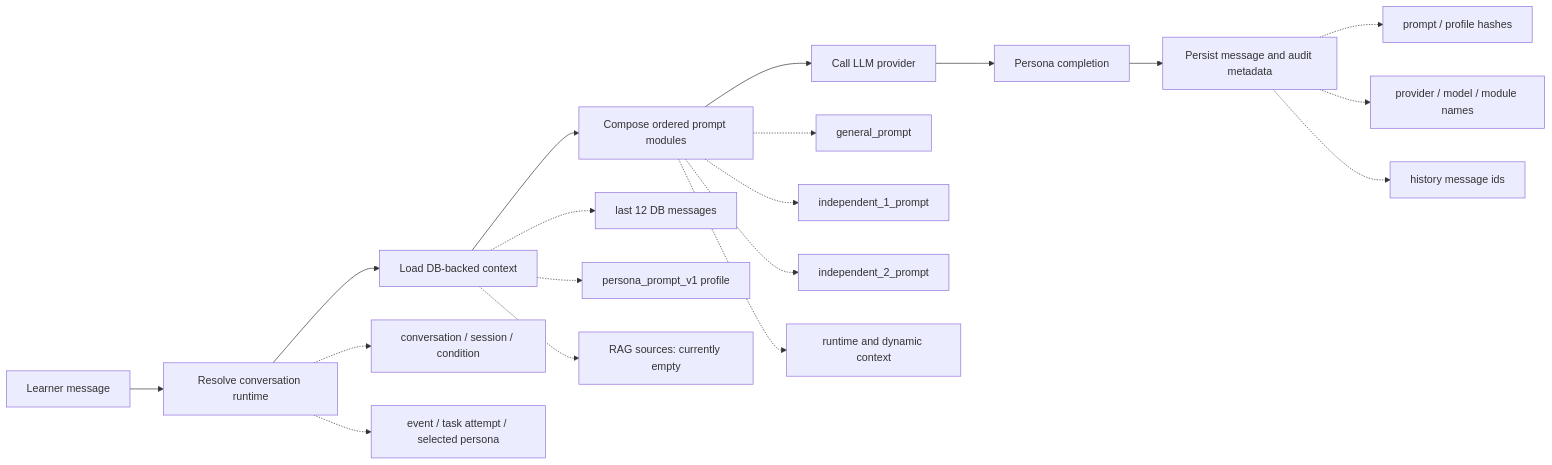
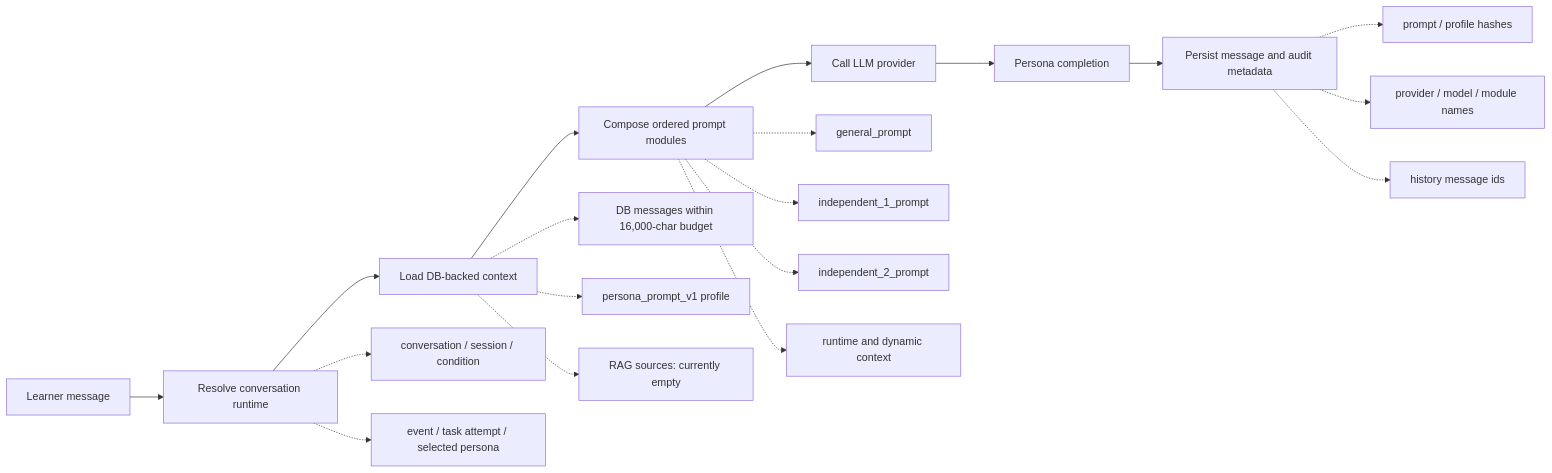
Before and after one commit to scott0127/histosphere: the first of 2 diagrams in docs/persona-completion-flow.md, drawn with Mermaid. The commit also changed other lines of this file and 55 other files, not shown here.

````diff
--- a/docs/persona-completion-flow.md
+++ b/docs/persona-completion-flow.md
@@ -20,25 +20,25 @@
 ```mermaid
 flowchart LR
     A["Learner message"] --> B["Resolve conversation runtime"]
     B --> C["Load DB-backed context"]
     C --> D["Compose ordered prompt modules"]
     D --> E["Call LLM provider"]
     E --> F["Persona completion"]
     F --> G["Persist message and audit metadata"]
 
     B -.-> B1["conversation / session / condition"]
     B -.-> B2["event / task attempt / selected persona"]
 
-    C -.-> C1["last 12 DB messages"]
+    C -.-> C1["DB messages within 16,000-char budget"]
     C -.-> C2["persona_prompt_v1 profile"]
     C -.-> C3["RAG sources: currently empty"]
 
     D -.-> D1["general_prompt"]
     D -.-> D2["independent_1_prompt"]
     D -.-> D3["independent_2_prompt"]
     D -.-> D4["runtime and dynamic context"]
 
     G -.-> G1["prompt / profile hashes"]
     G -.-> G2["provider / model / module names"]
     G -.-> G3["history message ids"]
 ```
````
